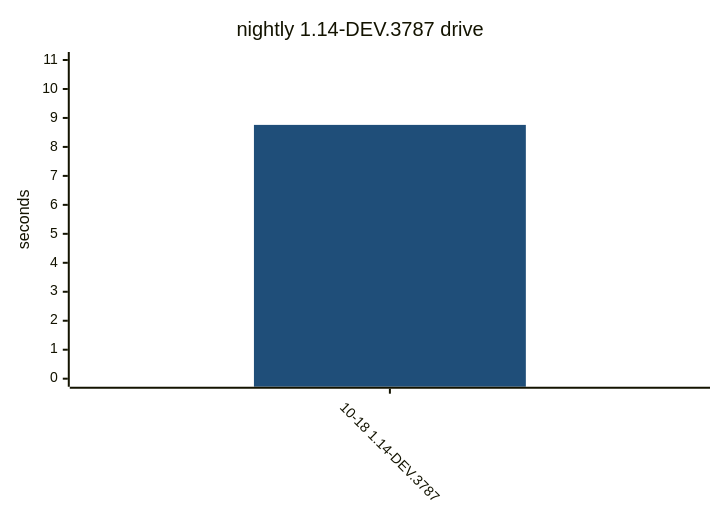
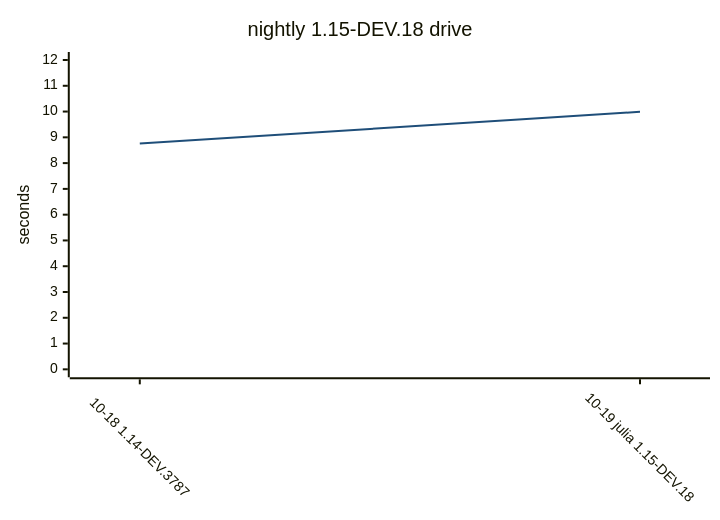
Diagram 12 of 12 in README.md (yamanori99/DistSSHKit.jl), drawn with Mermaid before and after one commit. The commit also changed other lines of this file and 1 other file, not shown here.

Commit message:
Record compile bench for nightly.

````diff
--- a/README.md
+++ b/README.md
@@ -403,17 +405,17 @@
 ```mermaid
 ---
 config:
   theme: base
   themeVariables:
     xyChart:
       plotColorPalette: "#1f4e79"
   xyChart:
     xAxis:
       labelRotation: 45
 ---
 xychart-beta
-    title "nightly 1.14-DEV.3787 drive"
-    x-axis ["10-18 1.14-DEV.3787"]
-    y-axis "seconds" 0 --> 11
-    bar [8.76]
+    title "nightly 1.15-DEV.18 drive"
+    x-axis ["10-18 1.14-DEV.3787", "10-19 julia 1.15-DEV.18"]
+    y-axis "seconds" 0 --> 12
+    line [8.76, 9.99]
 ```
````
